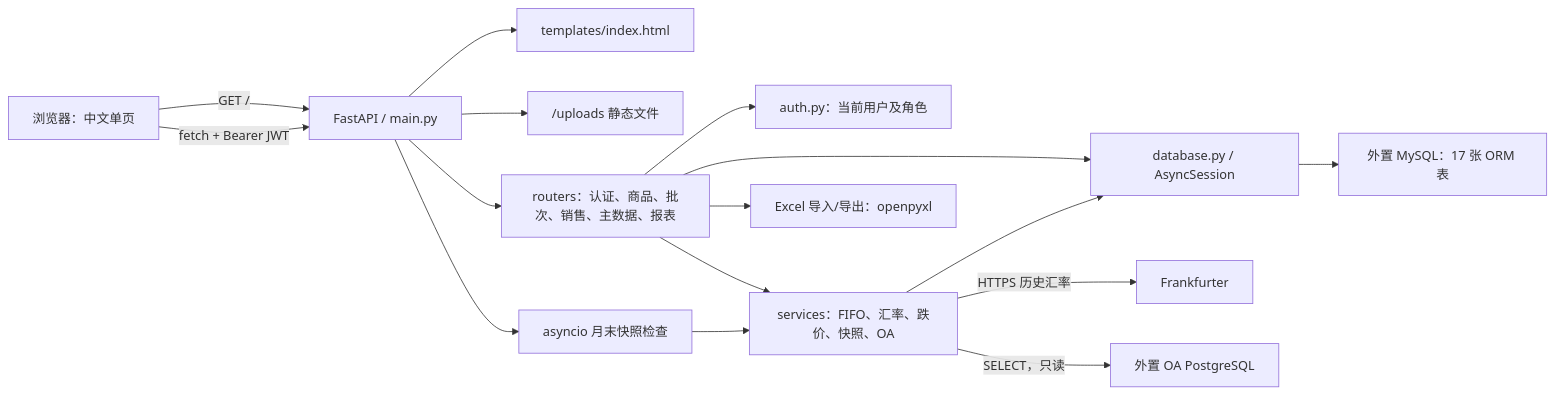
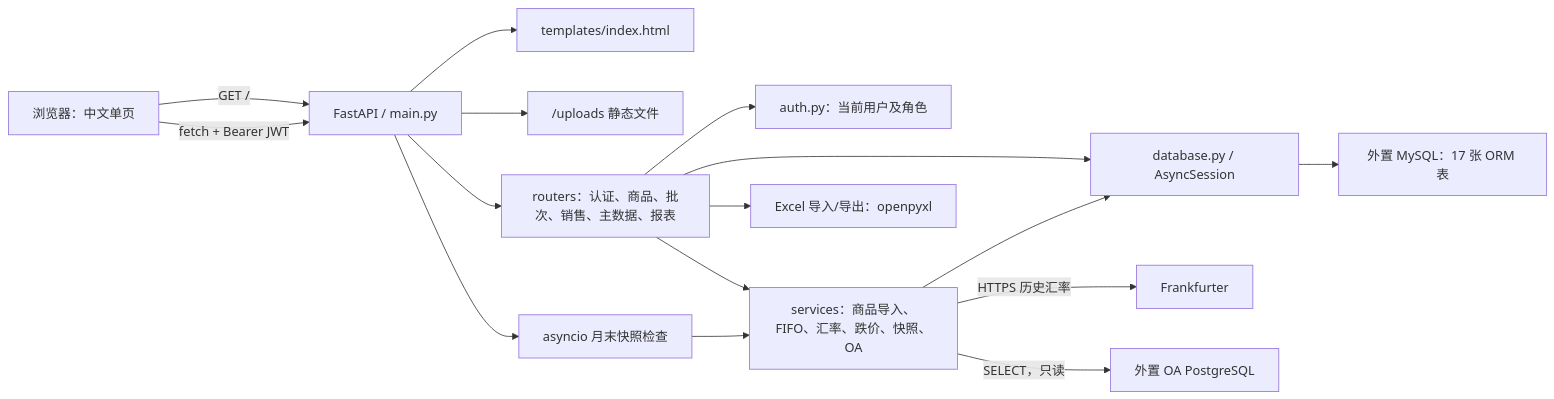
Before and after one commit to yueweiit/FastAPIProject: the diagram in docs/knowledge/architecture.md, drawn with Mermaid. The commit also changed other lines of this file and 15 other files, not shown here.

````diff
--- a/docs/knowledge/architecture.md
+++ b/docs/knowledge/architecture.md
@@ -7,18 +7,18 @@
 ```mermaid
 flowchart LR
     U["浏览器：中文单页"] -->|"GET /"| A["FastAPI / main.py"]
     U -->|"fetch + Bearer JWT"| A
     A --> T["templates/index.html"]
     A --> UP["/uploads 静态文件"]
     A --> R["routers：认证、商品、批次、销售、主数据、报表"]
     R --> AU["auth.py：当前用户及角色"]
-    R --> S["services：FIFO、汇率、跌价、快照、OA"]
+    R --> S["services：商品导入、FIFO、汇率、跌价、快照、OA"]
     R --> DB["database.py / AsyncSession"]
     S --> DB
     DB --> M["外置 MySQL：17 张 ORM 表"]
     S -->|"HTTPS 历史汇率"| FX["Frankfurter"]
     S -->|"SELECT，只读"| OA["外置 OA PostgreSQL"]
     A --> W["asyncio 月末快照检查"]
     W --> S
     R --> XL["Excel 导入/导出：openpyxl"]
 ```
````
